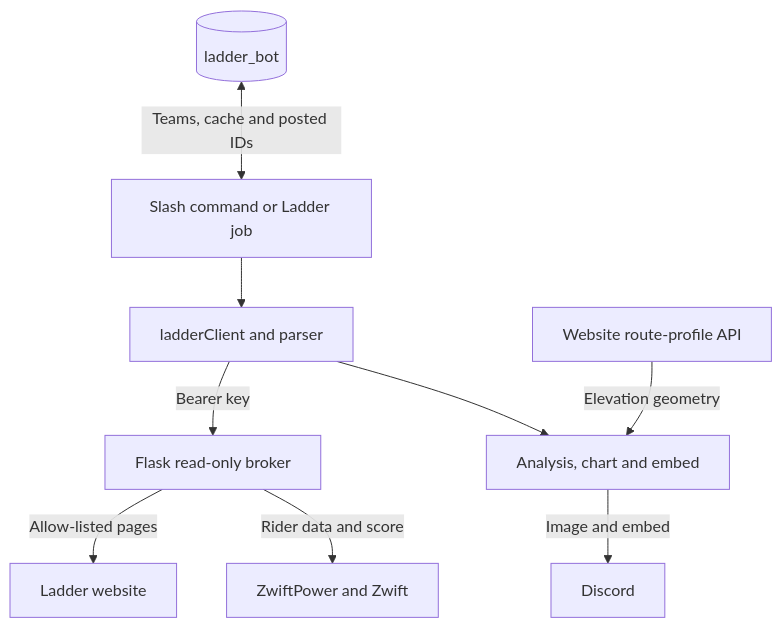
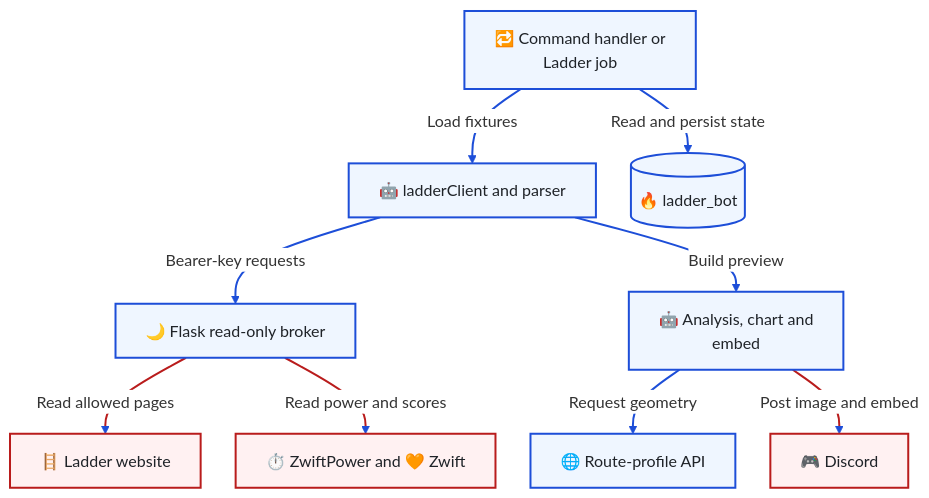
One commit to T00few2/dzr changed the third of 3 diagrams in docs/architecture/bot-automation.md. Above: the diagram before and after it, drawn with Mermaid. The commit also changed other lines of this file and 15 other files, not shown here.

First line of the commit message:
docs: standardize Mermaid notation and map the technology stack

````diff
--- a/docs/architecture/bot-automation.md
+++ b/docs/architecture/bot-automation.md
@@ -80,11 +108,26 @@
 ```mermaid
+---
+config:
+  theme: base
+  themeVariables:
+    edgeLabelBackground: '#ffffff'
+  flowchart:
+    padding: 15
+    nodeSpacing: 35
+    rankSpacing: 40
+---
 flowchart TB
-    trigger[Slash command or Ladder job] --> fixtures[ladderClient and parser]
-    fixtures -->|Bearer key| api[Flask read-only broker]
-    api -->|Allow-listed pages| ladder[Ladder website]
-    api -->|Rider data and score| racing[ZwiftPower and Zwift]
-    fixtures --> preview[Analysis, chart and embed]
-    route[Website route-profile API] -->|Elevation geometry| preview
-    preview -->|Image and embed| discord[Discord]
-    state[(ladder_bot)] <-->|Teams, cache and posted IDs| trigger
+    trigger["🔁 Command handler or<br/>Ladder job"] -->|Load fixtures| fixtures["🤖 ladderClient and parser"]
+    fixtures -->|Bearer-key requests| api["🌙 Flask read-only broker"]
+    fixtures -->|Build preview| preview["🤖 Analysis, chart and<br/>embed"]
+    preview -->|Request geometry| route["🌐 Route-profile API"]
+    trigger -->|Read and persist state| state[("🔥 ladder_bot")]
+    api -->|Read allowed pages| ladder["🪜 Ladder website"]
+    api -->|Read power and scores| racing["⏱️ ZwiftPower and 🧡 Zwift"]
+    preview -->|Post image and embed| discord["🎮 Discord"]
+    classDef default fill:#eff6ff,stroke:#1d4ed8,stroke-width:2px,color:#1f2328
+    classDef external fill:#fff1f2,stroke:#b91c1c,stroke-width:2px,color:#1f2328
+    linkStyle default stroke:#1d4ed8,stroke-width:2px
+    class ladder,racing,discord external
+    linkStyle 5,6,7 stroke:#b91c1c,stroke-width:2px
 ```
````
